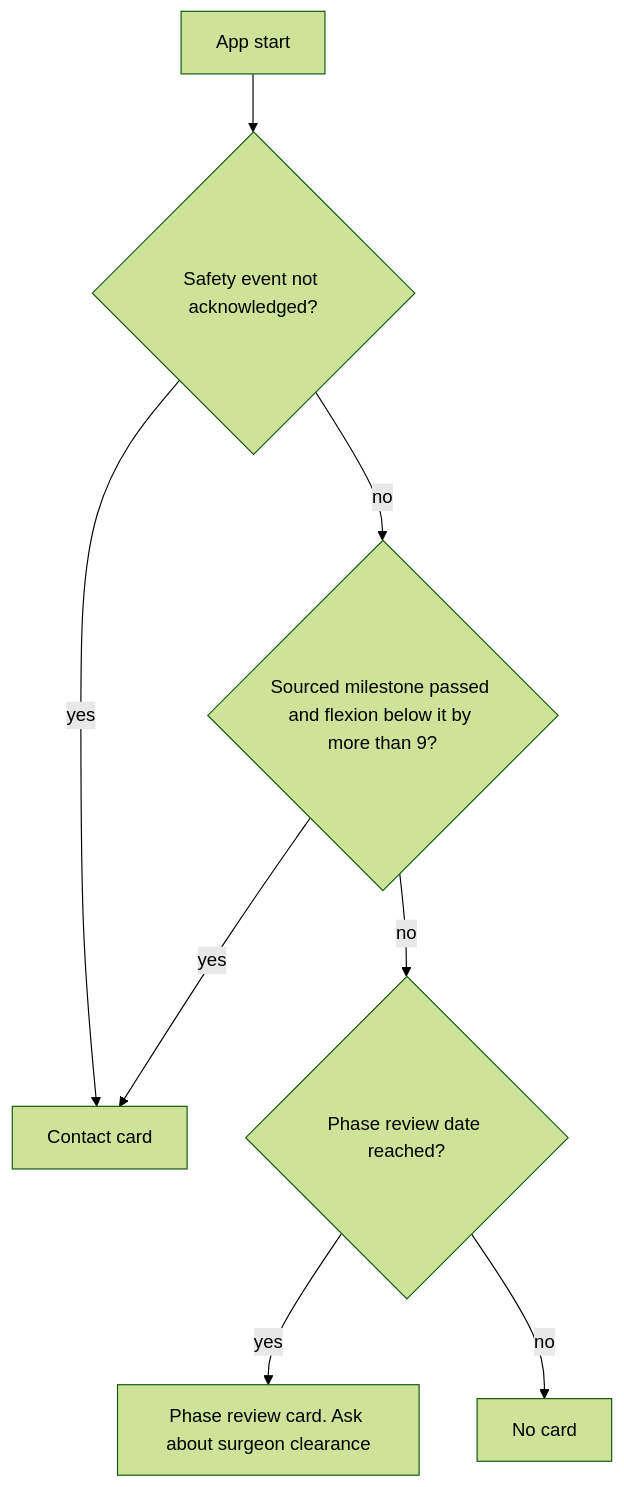
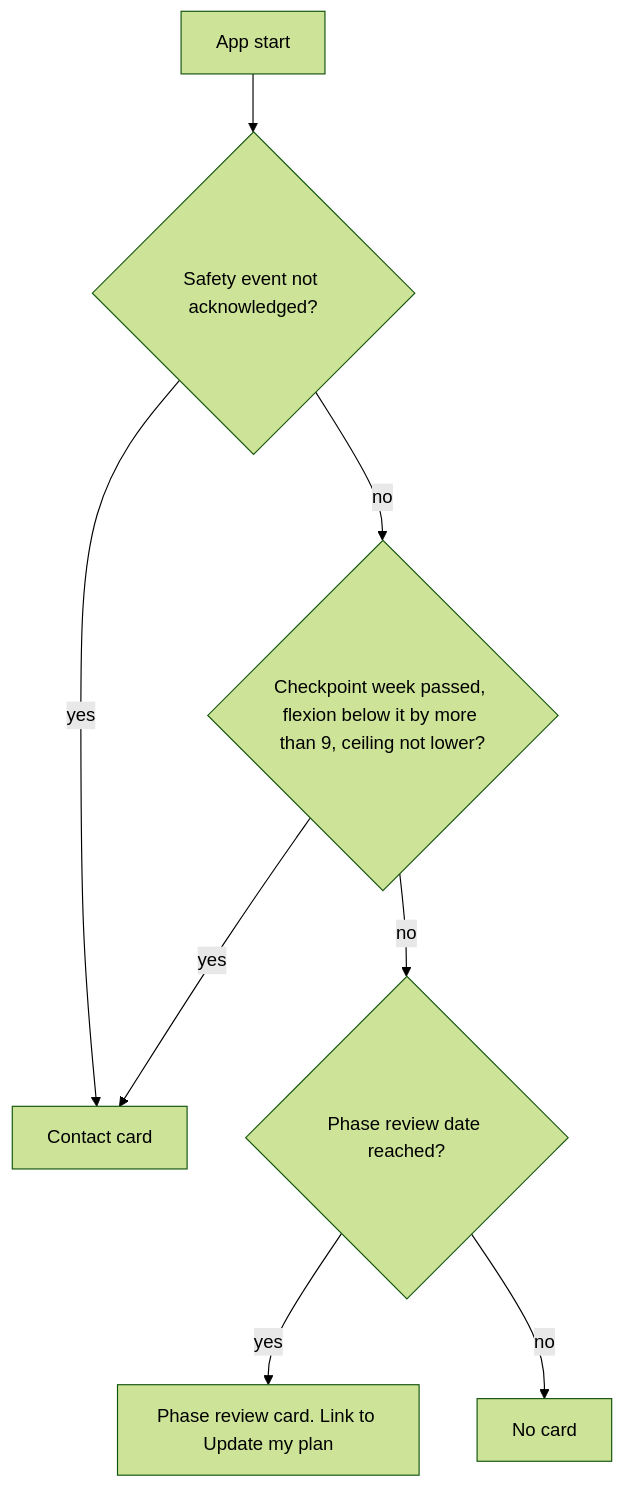
One commit to LuisCarlosOliveira/mpfl-rehab-app changed the second of 2 diagrams in docs/adaptation-and-live-form-design.md. Above: the diagram before and after it, drawn with Mermaid (forest theme). The commit also changed other lines of this file and 391 other files, not shown here.

````diff
--- a/docs/adaptation-and-live-form-design.md
+++ b/docs/adaptation-and-live-form-design.md
@@ -194,10 +208,10 @@
 ```mermaid
 flowchart TD
   A[App start] --> B1{Safety event not acknowledged?}
   B1 -->|yes| C[Contact card]
-  B1 -->|no| B2{Sourced milestone passed and flexion below it by more than 9?}
+  B1 -->|no| B2{Checkpoint week passed, flexion below it by more than 9, ceiling not lower?}
   B2 -->|yes| C
   B2 -->|no| B3{Phase review date reached?}
-  B3 -->|yes| R[Phase review card. Ask about surgeon clearance]
+  B3 -->|yes| R[Phase review card. Link to Update my plan]
   B3 -->|no| N[No card]
 ```
````
